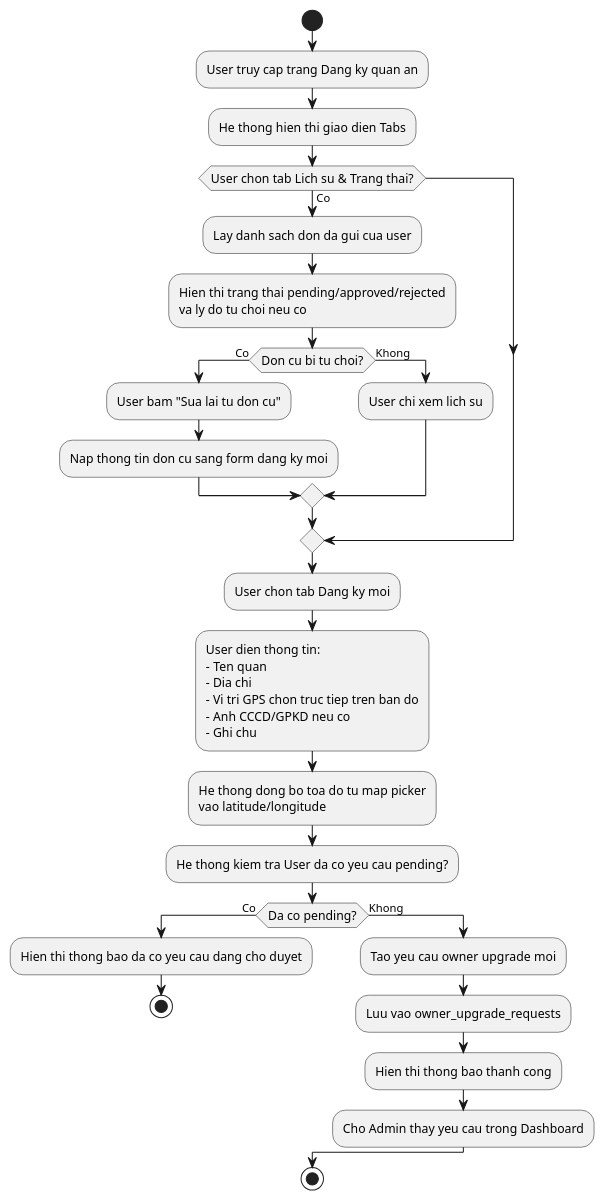
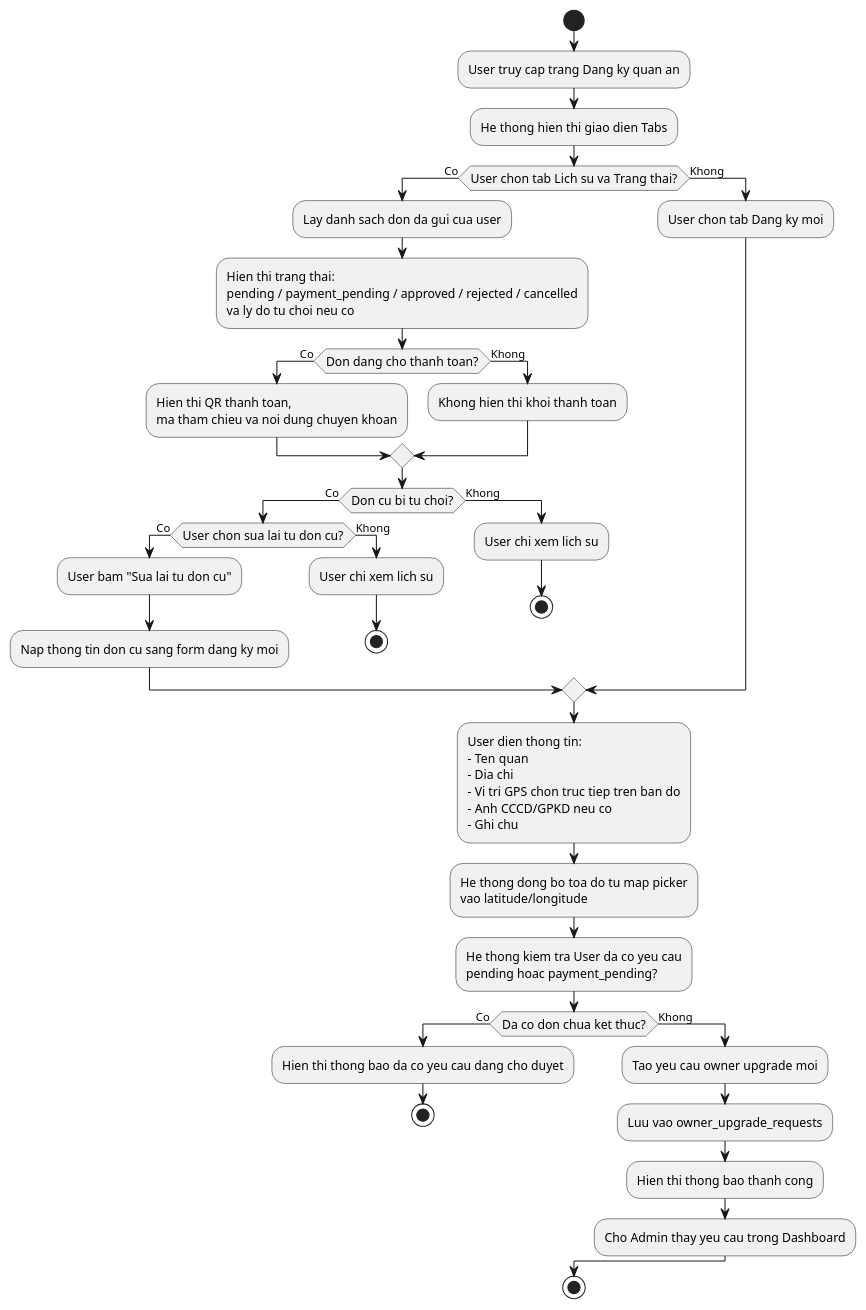
The diagram in Đặc tả wed/activity_11_user_upgrade_request.puml (MinhMafia/DiDuDuaDi), drawn with PlantUML before and after one commit. The commit also changed 18 other files, not shown here.

```diff
--- a/Đặc tả wed/activity_11_user_upgrade_request.puml
+++ b/Đặc tả wed/activity_11_user_upgrade_request.puml
@@ -1,51 +1,56 @@
 @startuml activity_11_user_upgrade_request
 skinparam backgroundColor White
 skinparam activityFontSize 12
 skinparam activityFontName "Times New Roman"
 
 start
 
 :User truy cap trang Dang ky quan an;
 
 :He thong hien thi giao dien Tabs;
 
-if (User chon tab Lich su & Trang thai?) then (Co)
+if (User chon tab Lich su va Trang thai?) then (Co)
   :Lay danh sach don da gui cua user;
-  :Hien thi trang thai pending/approved/rejected
-  va ly do tu choi neu co;
+  :Hien thi trang thai:\npending / payment_pending / approved / rejected / cancelled\nva ly do tu choi neu co;
+
+  if (Don dang cho thanh toan?) then (Co)
+    :Hien thi QR thanh toan,\nma tham chieu va noi dung chuyen khoan;
+  else (Khong)
+    :Khong hien thi khoi thanh toan;
+  endif
 
   if (Don cu bi tu choi?) then (Co)
-    :User bam "Sua lai tu don cu";
-    :Nap thong tin don cu sang form dang ky moi;
+    if (User chon sua lai tu don cu?) then (Co)
+      :User bam "Sua lai tu don cu";
+      :Nap thong tin don cu sang form dang ky moi;
+    else (Khong)
+      :User chi xem lich su;
+      stop
+    endif
   else (Khong)
     :User chi xem lich su;
+    stop
   endif
+else (Khong)
+  :User chon tab Dang ky moi;
 endif
 
-:User chon tab Dang ky moi;
+:User dien thong tin:\n- Ten quan\n- Dia chi\n- Vi tri GPS chon truc tiep tren ban do\n- Anh CCCD/GPKD neu co\n- Ghi chu;
 
-:User dien thong tin:
-- Ten quan
-- Dia chi
-- Vi tri GPS chon truc tiep tren ban do
-- Anh CCCD/GPKD neu co
-- Ghi chu;
+:He thong dong bo toa do tu map picker\nvao latitude/longitude;
 
-:He thong dong bo toa do tu map picker
-vao latitude/longitude;
+:He thong kiem tra User da co yeu cau\npending hoac payment_pending?;
 
-:He thong kiem tra User da co yeu cau pending?;
-
-if (Da co pending?) then (Co)
+if (Da co don chua ket thuc?) then (Co)
   :Hien thi thong bao da co yeu cau dang cho duyet;
   stop
 else (Khong)
   :Tao yeu cau owner upgrade moi;
   :Luu vao owner_upgrade_requests;
   :Hien thi thong bao thanh cong;
   :Cho Admin thay yeu cau trong Dashboard;
 endif
 
 stop
 
 @enduml
```
